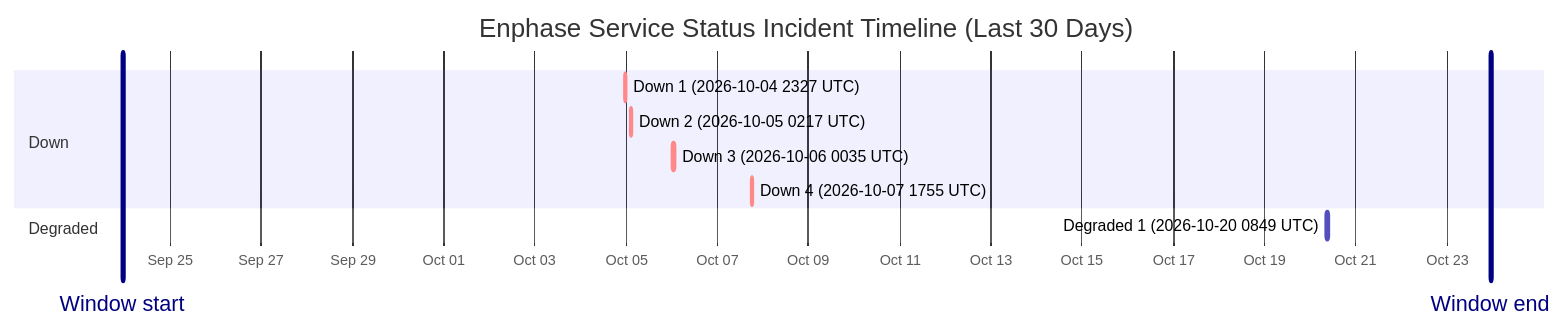
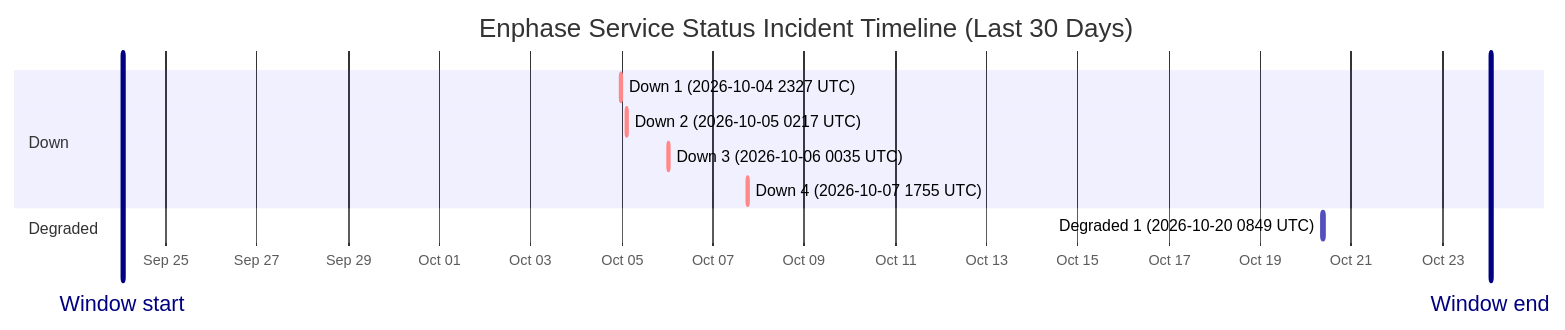
One commit to barneyonline/ha-enphase-energy changed the diagram in wiki/Service-Status-History.md. Above: the diagram before and after it, drawn with Mermaid. The commit also changed other lines of this file and 3 other files, not shown here.

````diff
--- a/wiki/Service-Status-History.md
+++ b/wiki/Service-Status-History.md
@@ -14,15 +14,15 @@
 ```mermaid
 gantt
     title Enphase Service Status Incident Timeline (Last 30 Days)
     dateFormat  YYYY-MM-DDTHH:mm:ss
     axisFormat  %b %d
-    Window start :vert, window-start, 2026-09-23T22:53:39, 0ms
-    Window end :vert, window-end, 2026-10-23T22:53:39, 0ms
+    Window start :vert, window-start, 2026-09-24T01:21:51, 0ms
+    Window end :vert, window-end, 2026-10-24T01:21:51, 0ms
     section Down
     Down 1 (2026-10-04 2327 UTC) :crit, down-1, 2026-10-04T23:27:34, 60m
     Down 2 (2026-10-05 0217 UTC) :crit, down-2, 2026-10-05T02:17:30, 60m
     Down 3 (2026-10-06 0035 UTC) :crit, down-3, 2026-10-06T00:35:21, 60m
     Down 4 (2026-10-07 1755 UTC) :crit, down-4, 2026-10-07T17:55:16, 60m
     section Degraded
     Degraded 1 (2026-10-20 0849 UTC) :active, degraded-1, 2026-10-20T08:49:49, 60m
 ```
````
